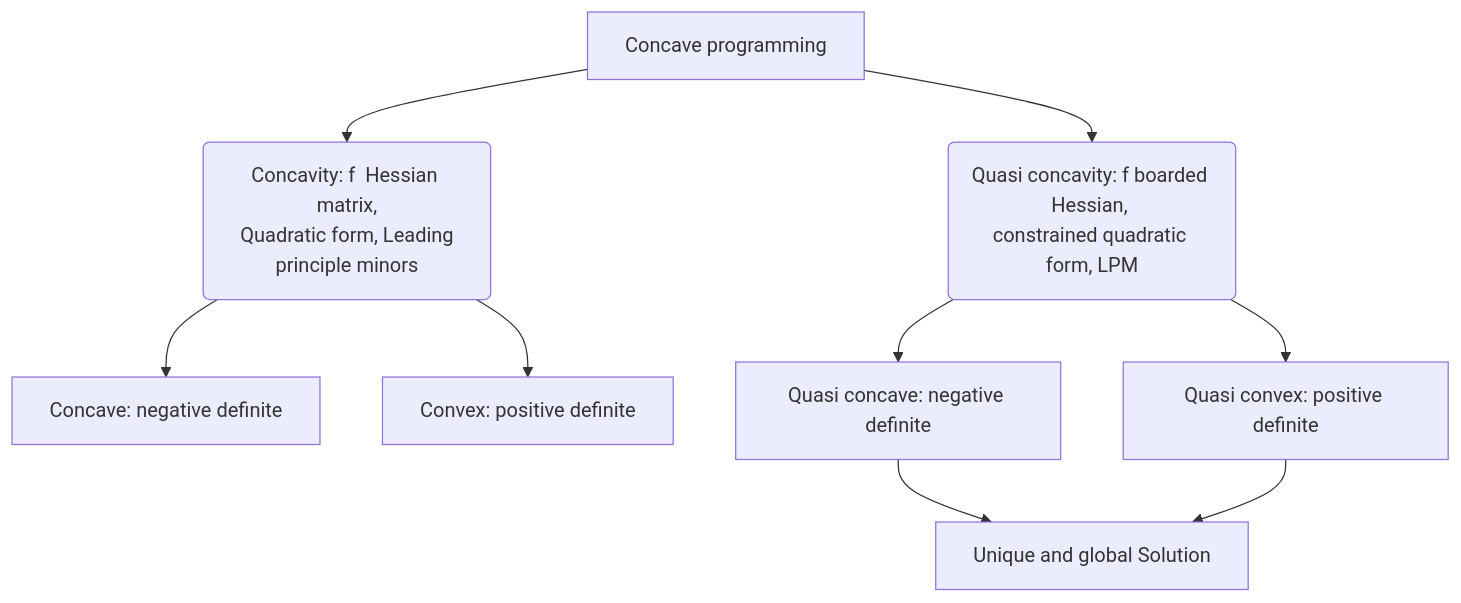
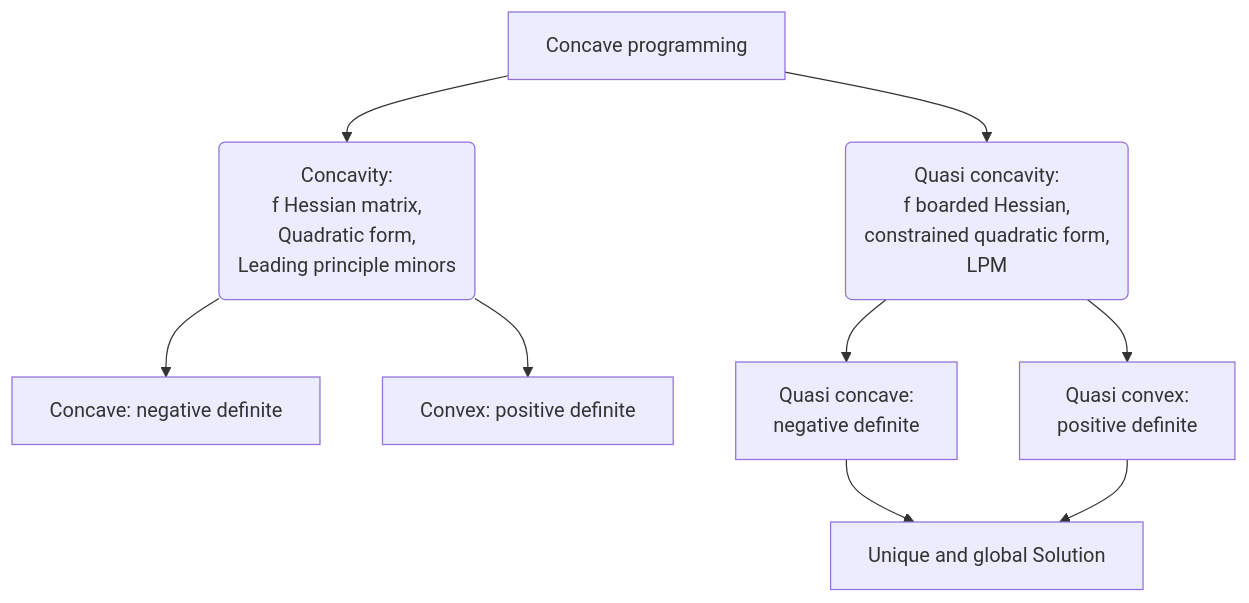
The second of 2 diagrams in _posts/2016-11-16-econ350-test8.md (snowdj/great-waterfall), drawn with Mermaid before and after one commit.

```diff
--- a/_posts/2016-11-16-econ350-test8.md
+++ b/_posts/2016-11-16-econ350-test8.md
@@ -33,11 +33,11 @@
 <div class="mermaid">
 graph TD
-    id1[Concave programming]-->id3(Concavity: f  Hessian matrix,<br> Quadratic form, Leading principle minors)
-    id1[Concave programming]-->id2(Quasi concavity: f boarded Hessian, <br>constrained quadratic form, LPM)
+    id1[Concave programming]-->id3(Concavity: <br>f  Hessian matrix,<br> Quadratic form, <br>Leading principle minors)
+    id1[Concave programming]-->id2(Quasi concavity: <br>f boarded Hessian, <br>constrained quadratic form, <br>LPM)
     id3-->id7[Concave: negative definite]
     id3-->id8[Convex: positive definite]
-    id2-->id5[Quasi concave: negative definite]
-    id2-->id6[Quasi convex: positive definite]
+    id2-->id5[Quasi concave: <br>negative definite]
+    id2-->id6[Quasi convex: <br>positive definite]
     id5--> id9[Unique and global Solution]
     id6--> id9[Unique and global Solution]
  </div>
```
